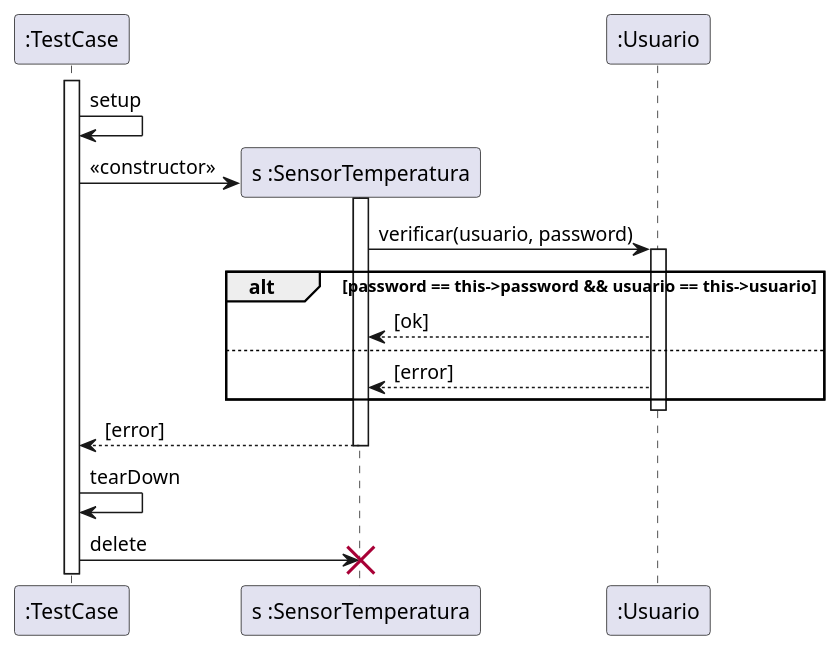
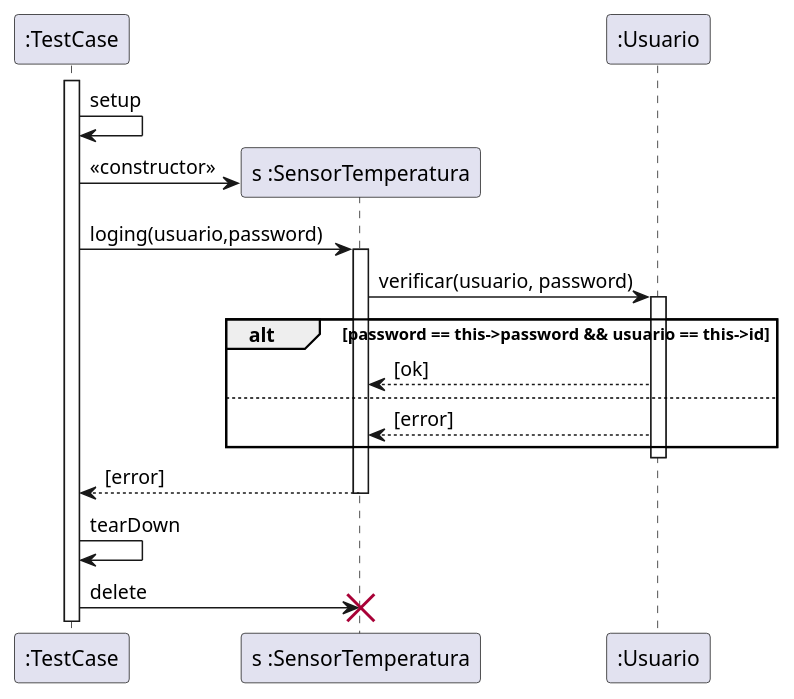
One commit to diegosanchez/invap-modulo-uml changed the diagram in diagramas/secuencias/secuencia_creacion_destruccion_sensor_temperatura.plantuml. Above: the diagram before and after it, drawn with PlantUML. The commit also changed 16 other files, not shown here.

```diff
--- a/diagramas/secuencias/secuencia_creacion_destruccion_sensor_temperatura.plantuml
+++ b/diagramas/secuencias/secuencia_creacion_destruccion_sensor_temperatura.plantuml
@@ -1,26 +1,27 @@
 @startuml
 
 activate ":TestCase"
         ":TestCase" -> ":TestCase": setup
 
         create "s :SensorTemperatura"
         ":TestCase" -> "s :SensorTemperatura": <<constructor>>
 
+        ":TestCase" -> "s :SensorTemperatura": loging(usuario,password)
         activate "s :SensorTemperatura"
                 "s :SensorTemperatura" -> ":Usuario": verificar(usuario, password)
                 activate ":Usuario"
-                        alt password == this->password && usuario == this->usuario
+                        alt password == this->password && usuario == this->id
                                 ":Usuario" --> "s :SensorTemperatura": [ok]
                         else  
                                 ":Usuario" --> "s :SensorTemperatura": [error]
                         end
                 deactivate ":Usuario"
                 "s :SensorTemperatura" --> ":TestCase": [error]
 
         deactivate "s :SensorTemperatura"
         
         ":TestCase" -> ":TestCase": tearDown
         ":TestCase" -> "s :SensorTemperatura" !! : delete
 
         
 @enduml
```
